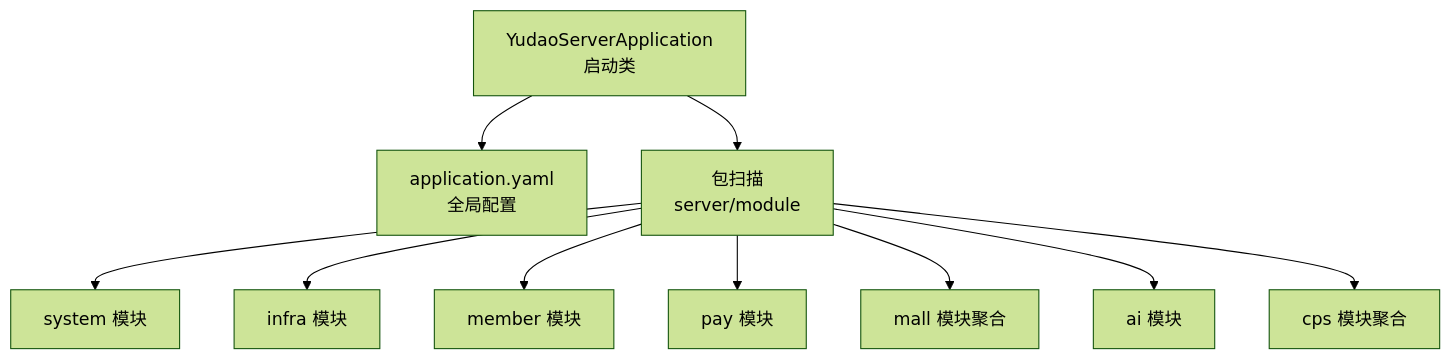
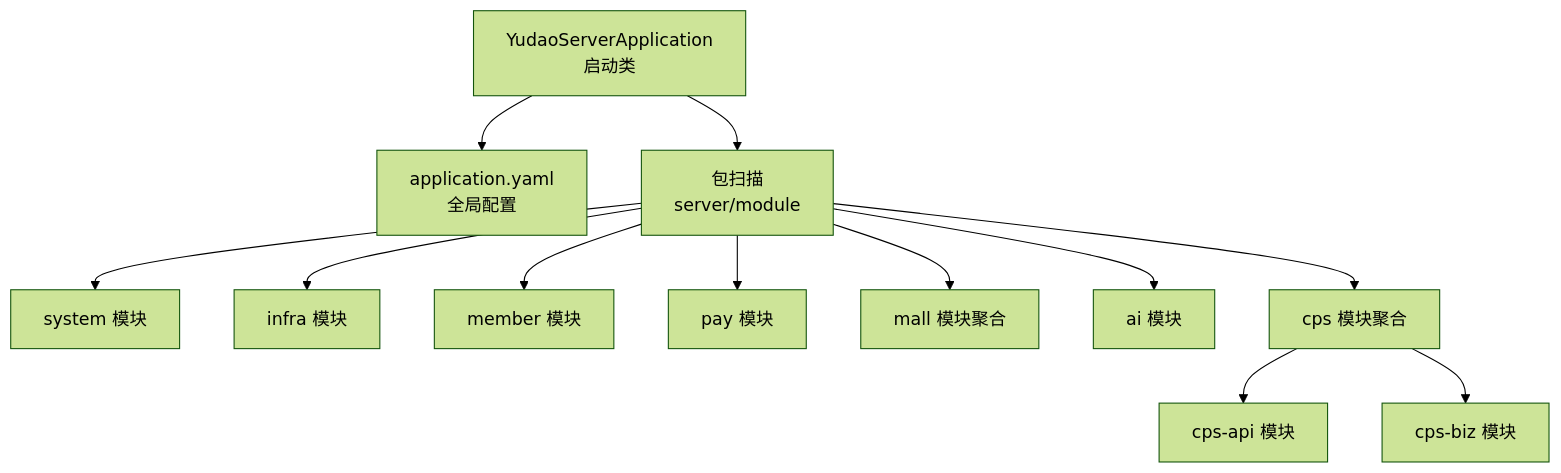
Before and after one commit to zhuangpengLI/AgenticCPS: the second of 7 diagrams in .qoder/repowiki/zh/content/后端服务架构/业务模块概览/业务模块概览.md, drawn with Mermaid (forest theme). The commit also changed other lines of this file and 42 other files, not shown here.

````diff
--- a/.qoder/repowiki/zh/content/后端服务架构/业务模块概览/业务模块概览.md
+++ b/.qoder/repowiki/zh/content/后端服务架构/业务模块概览/业务模块概览.md
@@ -88,12 +107,14 @@
 ```mermaid
 graph TB
 App["YudaoServerApplication<br/>启动类"] --> Cfg["application.yaml<br/>全局配置"]
 App --> Scan["包扫描<br/>server/module"]
 Scan --> Sys["system 模块"]
 Scan --> Infra["infra 模块"]
 Scan --> Mem["member 模块"]
 Scan --> Pay["pay 模块"]
 Scan --> Mall["mall 模块聚合"]
 Scan --> Ai["ai 模块"]
 Scan --> Cps["cps 模块聚合"]
+Cps --> CpsApi["cps-api 模块"]
+Cps --> CpsBiz["cps-biz 模块"]
 ```
````
